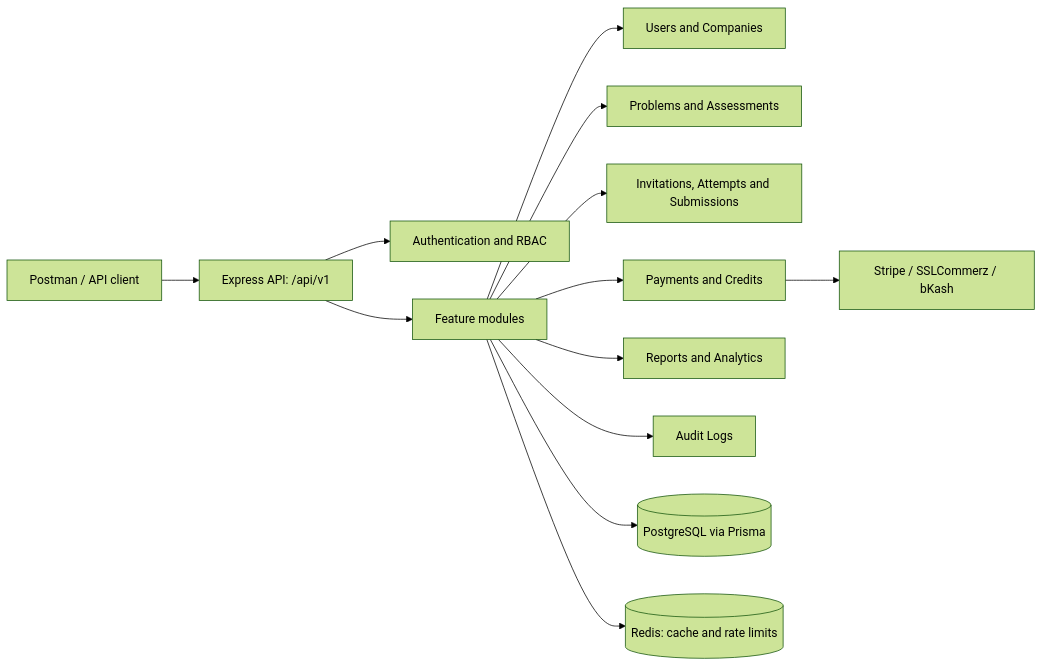
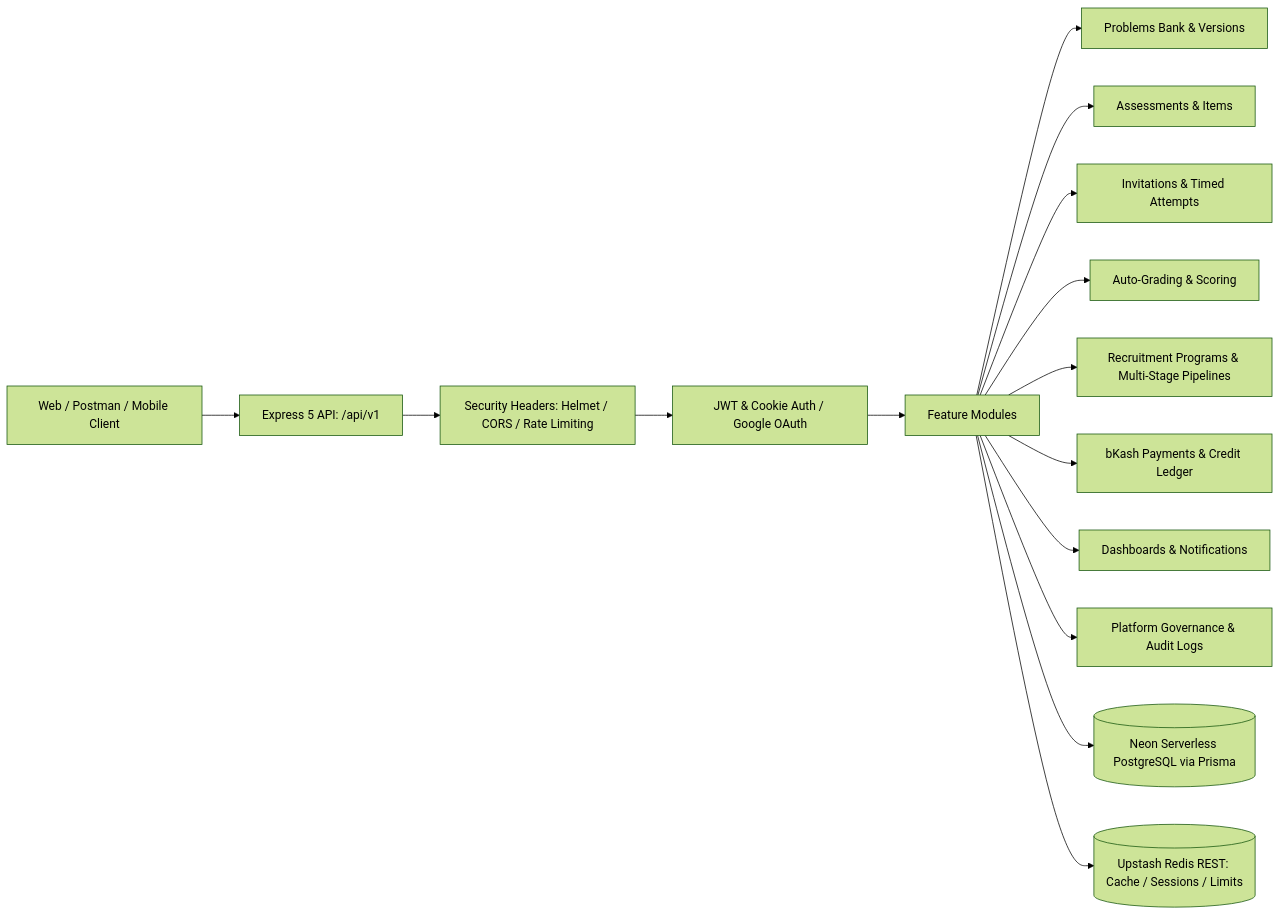
Before and after one commit to m-d-Irfan/AssessmentForces: the first of 3 diagrams in README.md, drawn with Mermaid (forest theme). The commit also changed other lines of this file, not shown here.

````diff
--- a/README.md
+++ b/README.md
@@ -31,15 +50,17 @@
 ```mermaid
 flowchart LR
-  Client[Postman / API client] --> API[Express API: /api/v1]
-  API --> Auth[Authentication and RBAC]
-  API --> Modules[Feature modules]
-  Modules --> Users[Users and Companies]
-  Modules --> Assessments[Problems and Assessments]
-  Modules --> Attempts[Invitations, Attempts and Submissions]
-  Modules --> Payments[Payments and Credits]
-  Modules --> Reports[Reports and Analytics]
-  Modules --> Audit[Audit Logs]
-  Modules --> DB[(PostgreSQL via Prisma)]
-  Modules --> Cache[(Redis: cache and rate limits)]
-  Payments --> Gateway[Stripe / SSLCommerz / bKash]
+  Client[Web / Postman / Mobile Client] --> Gateway[Express 5 API: /api/v1]
+  Gateway --> Security[Security Headers: Helmet / CORS / Rate Limiting]
+  Security --> Auth[JWT & Cookie Auth / Google OAuth]
+  Auth --> Modules[Feature Modules]
+  Modules --> Problems[Problems Bank & Versions]
+  Modules --> Assessments[Assessments & Items]
+  Modules --> Attempts[Invitations & Timed Attempts]
+  Modules --> Evaluations[Auto-Grading & Scoring]
+  Modules --> Recruitment[Recruitment Programs & Multi-Stage Pipelines]
+  Modules --> Payments[bKash Payments & Credit Ledger]
+  Modules --> Analytics[Dashboards & Notifications]
+  Modules --> Admin[Platform Governance & Audit Logs]
+  Modules --> DB[(Neon Serverless PostgreSQL via Prisma)]
+  Modules --> Cache[(Upstash Redis REST: Cache / Sessions / Limits)]
 ```
````
